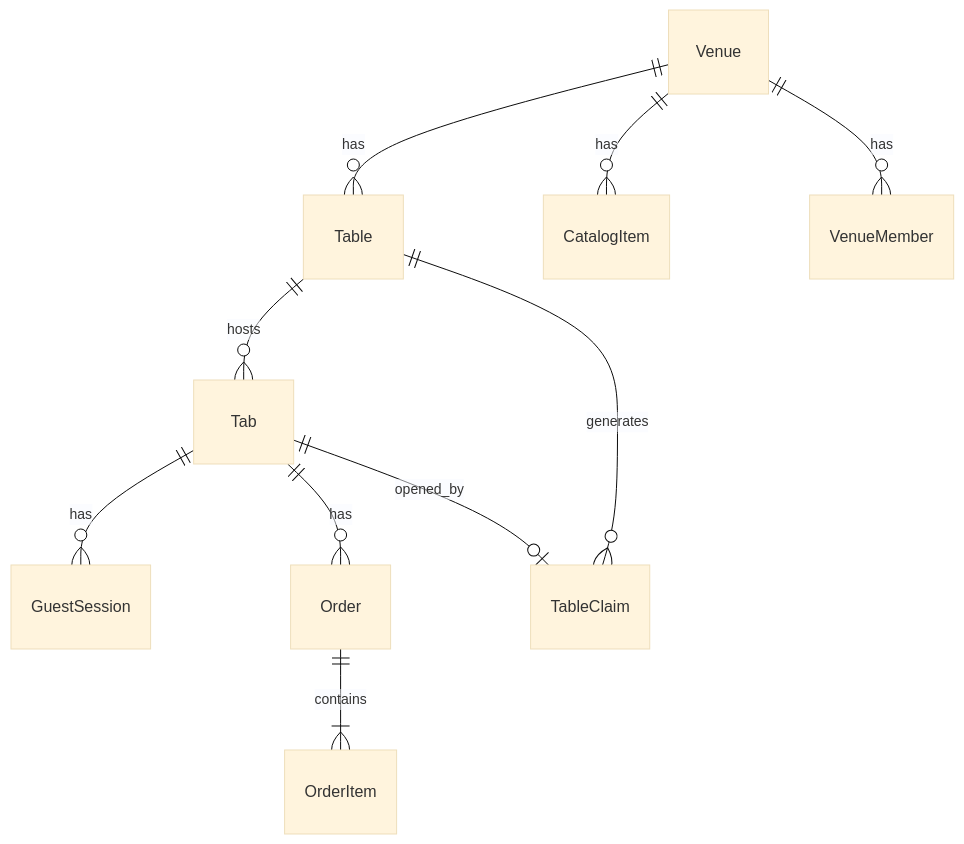
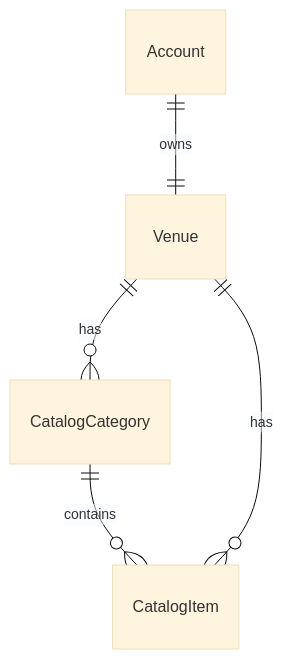
The diagram in docs/data/schema.md (filiperamosds/eaimesa), drawn with Mermaid (base theme) before and after one commit. The commit also changed other lines of this file and 91 other files, not shown here.

````diff
--- a/docs/data/schema.md
+++ b/docs/data/schema.md
@@ -77,12 +73,7 @@
 ```mermaid
 erDiagram
-  Venue ||--o{ Table : has
+  Account ||--|| Venue : owns
+  Venue ||--o{ CatalogCategory : has
+  CatalogCategory ||--o{ CatalogItem : contains
   Venue ||--o{ CatalogItem : has
-  Venue ||--o{ VenueMember : has
-  Table ||--o{ Tab : hosts
-  Tab ||--o{ GuestSession : has
-  Tab ||--o{ Order : has
-  Order ||--|{ OrderItem : contains
-  Table ||--o{ TableClaim : generates
-  Tab ||--o| TableClaim : opened_by
 ```
````
